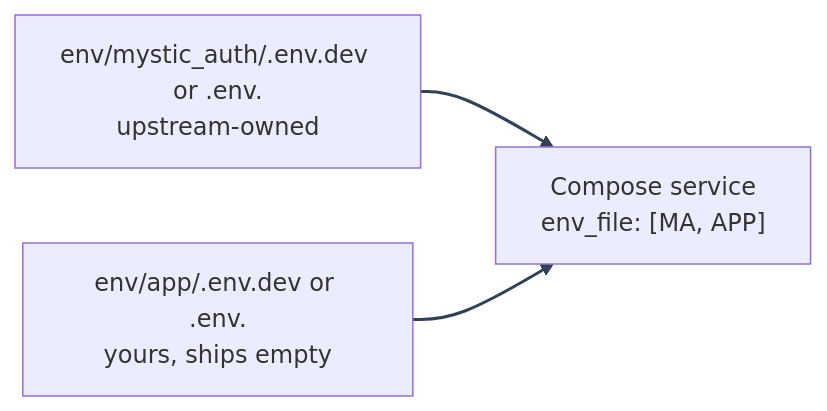
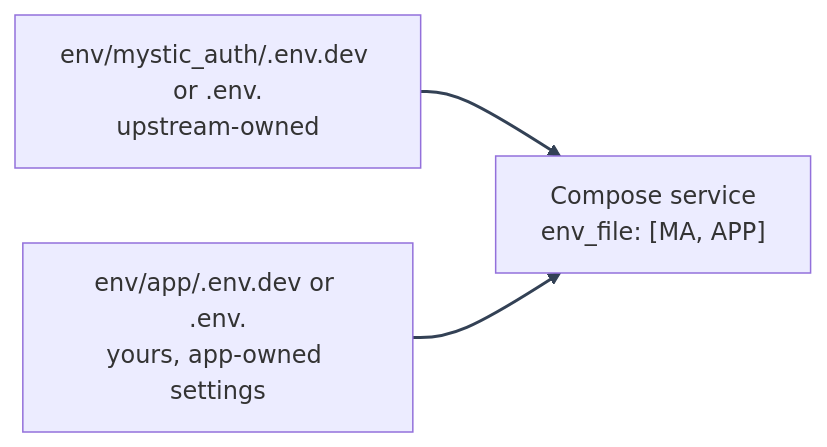
One commit to Nachiket-2024/mystic-auth changed the diagram in docs/mystic_auth/environment/README.md. Above: the diagram before and after it, drawn with Mermaid. The commit also changed other lines of this file and 142 other files, not shown here.

````diff
--- a/docs/mystic_auth/environment/README.md
+++ b/docs/mystic_auth/environment/README.md
@@ -50,10 +51,10 @@
 ```mermaid
 %%{init: {"themeVariables": {"lineColor": "#334155"}} }%%
 flowchart LR
     MA["env/mystic_auth/.env.dev or .env.<mode>\nupstream-owned"]
-    APP["env/app/.env.dev or .env.<mode>\nyours, ships empty"]
+    APP["env/app/.env.dev or .env.<mode>\nyours, app-owned settings"]
     SVC["Compose service\nenv_file: [MA, APP]"]
     MA --> SVC
     APP --> SVC
     linkStyle default stroke:#334155,stroke-width:2px
 ```
````
